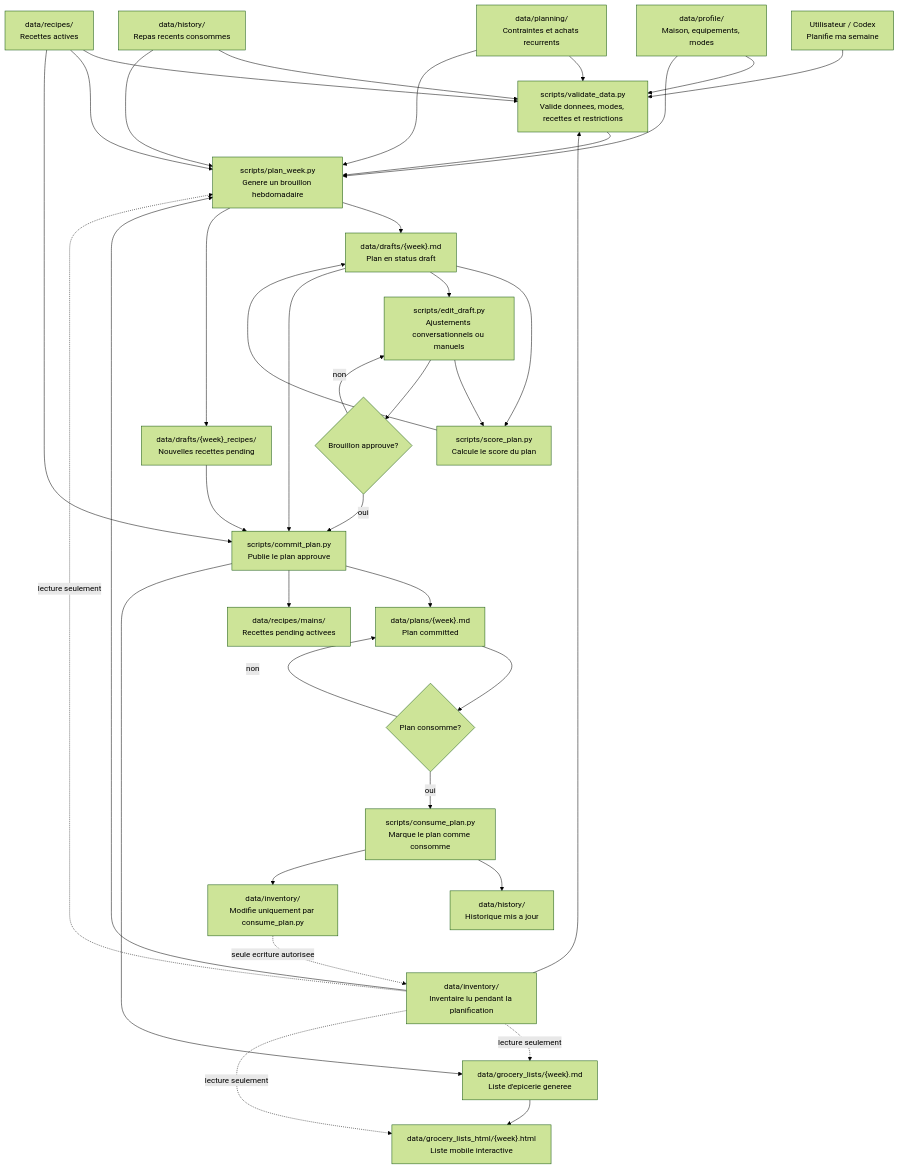
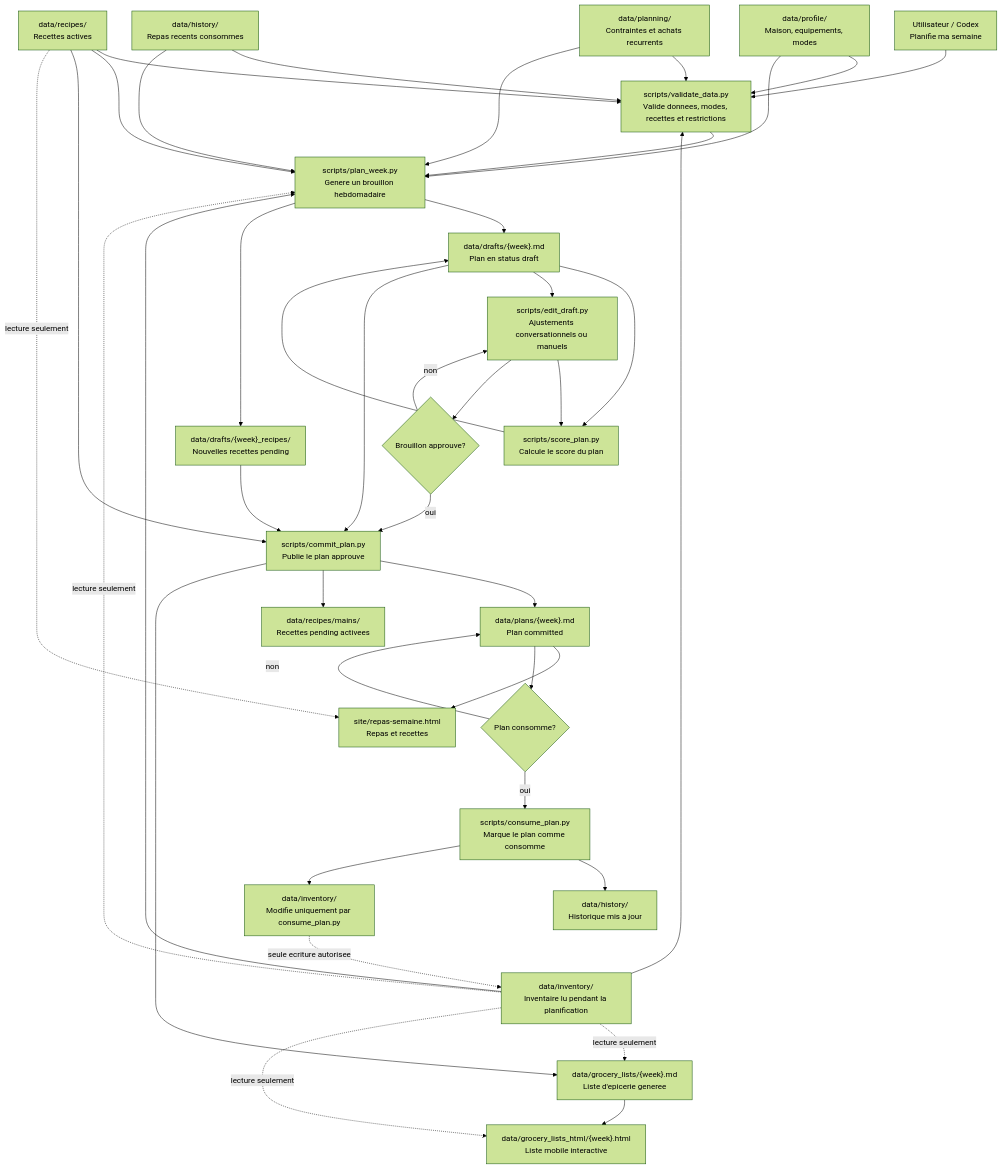
The diagram in README.md (brierepatrice-web/meal-planner-ai), drawn with Mermaid (forest theme) before and after one commit. The commit also changed other lines of this file and 6 other files, not shown here.

Commit message:
Add weekly meal plan HTML page

````diff
--- a/README.md
+++ b/README.md
@@ -63,69 +69,72 @@
 ```mermaid
 flowchart TD
     user["Utilisateur / Codex<br/>Planifie ma semaine"]
 
     profile["data/profile/<br/>Maison, equipements, modes"]
     inventory["data/inventory/<br/>Inventaire lu pendant la planification"]
     planning["data/planning/<br/>Contraintes et achats recurrents"]
     history["data/history/<br/>Repas recents consommes"]
     recipes["data/recipes/<br/>Recettes actives"]
 
     validate["scripts/validate_data.py<br/>Valide donnees, modes, recettes et restrictions"]
     plan["scripts/plan_week.py<br/>Genere un brouillon hebdomadaire"]
     draft["data/drafts/{week}.md<br/>Plan en status draft"]
     pending["data/drafts/{week}_recipes/<br/>Nouvelles recettes pending"]
     scoreDraft["scripts/score_plan.py<br/>Calcule le score du plan"]
     edit["scripts/edit_draft.py<br/>Ajustements conversationnels ou manuels"]
     approve{"Brouillon approuve?"}
     commit["scripts/commit_plan.py<br/>Publie le plan approuve"]
     planOut["data/plans/{week}.md<br/>Plan committed"]
     activeRecipes["data/recipes/mains/<br/>Recettes pending activees"]
     grocery["data/grocery_lists/{week}.md<br/>Liste d'epicerie generee"]
     groceryHtml["data/grocery_lists_html/{week}.html<br/>Liste mobile interactive"]
+    mealHtml["site/repas-semaine.html<br/>Repas et recettes"]
     consumed{"Plan consomme?"}
     consume["scripts/consume_plan.py<br/>Marque le plan comme consomme"]
     historyUpdate["data/history/<br/>Historique mis a jour"]
     inventoryUpdate["data/inventory/<br/>Modifie uniquement par consume_plan.py"]
 
     user --> validate
     profile --> validate
     inventory --> validate
     planning --> validate
     history --> validate
     recipes --> validate
 
     validate --> plan
     profile --> plan
     inventory --> plan
     planning --> plan
     history --> plan
     recipes --> plan
 
     plan --> draft
     plan --> pending
     draft --> scoreDraft
     scoreDraft --> draft
     draft --> edit
     edit --> scoreDraft
     edit --> approve
     approve -- non --> edit
     approve -- oui --> commit
     pending --> commit
     draft --> commit
     recipes --> commit
 
     commit --> planOut
     commit --> activeRecipes
     commit --> grocery
     grocery --> groceryHtml
+    planOut --> mealHtml
+    recipes -. lecture seulement .-> mealHtml
     planOut --> consumed
     consumed -- non --> planOut
     consumed -- oui --> consume
     consume --> historyUpdate
     consume --> inventoryUpdate
 
     inventory -. lecture seulement .-> plan
     inventory -. lecture seulement .-> grocery
     inventory -. lecture seulement .-> groceryHtml
     inventoryUpdate -. seule ecriture autorisee .-> inventory
 ```
````
